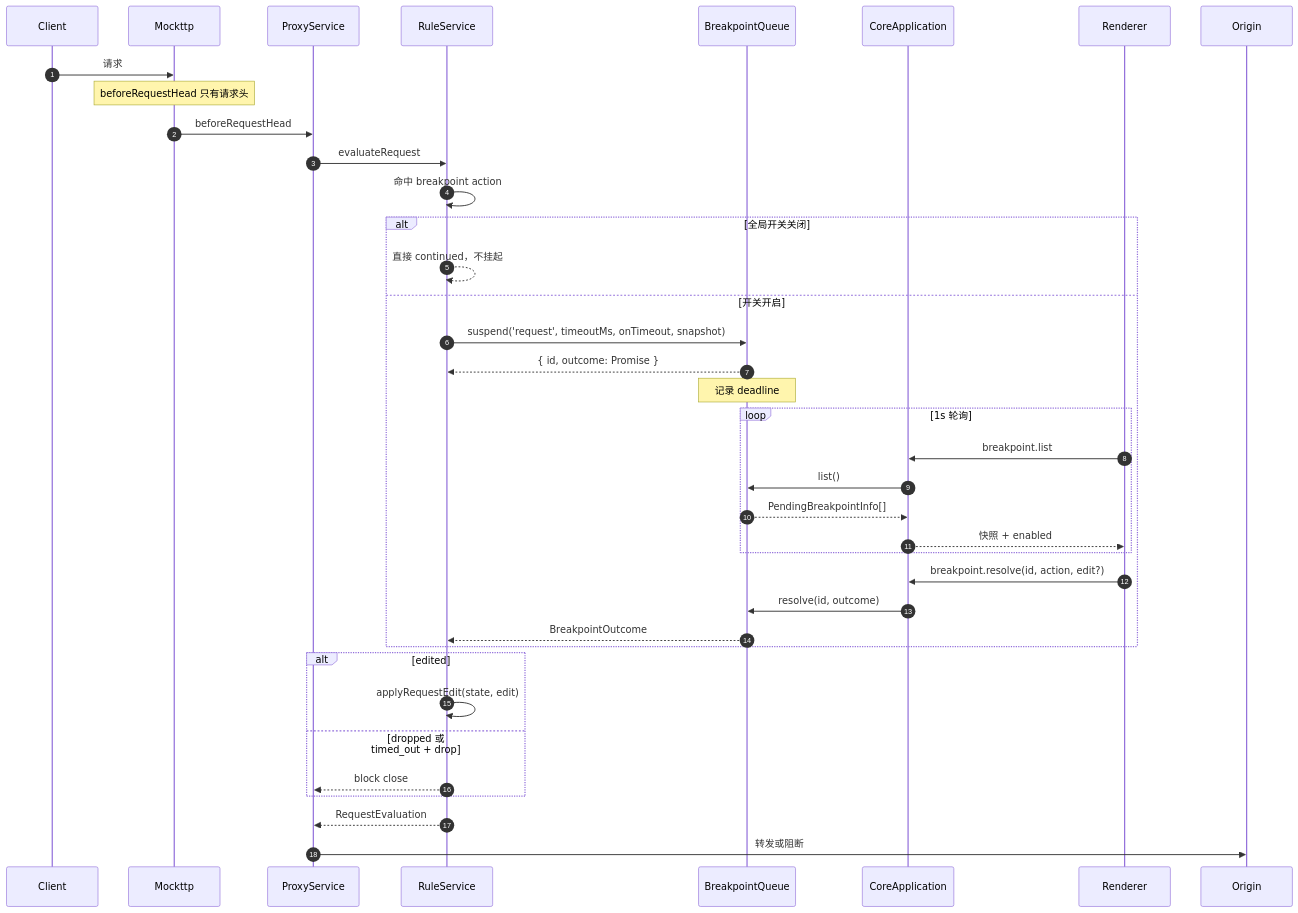
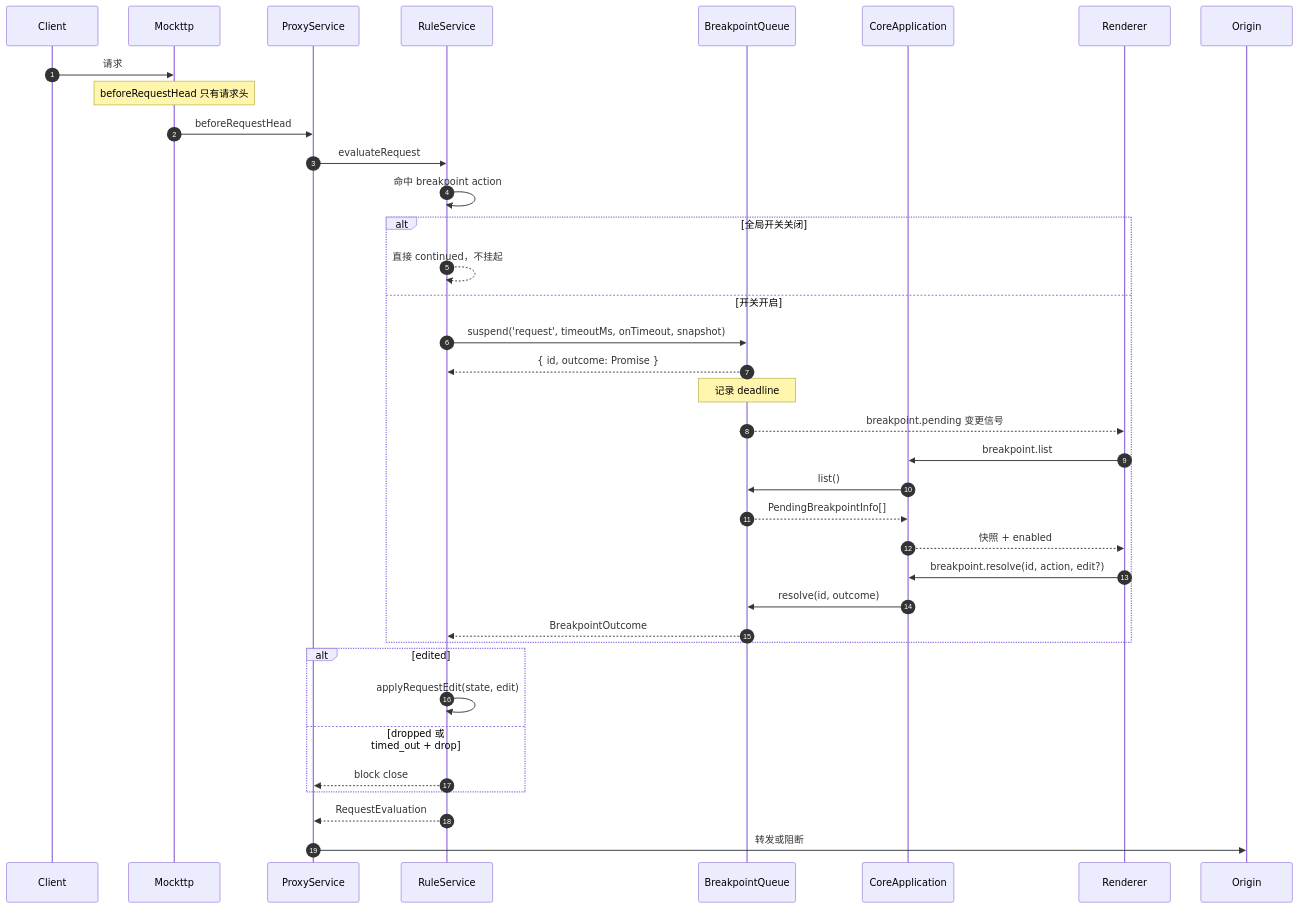
One commit to zhxmt-xm/Interceptor changed the second of 3 diagrams in architecture/features/breakpoints.md. Above: the diagram before and after it, drawn with Mermaid. The commit also changed other lines of this file and 264 other files, not shown here.

````diff
--- a/architecture/features/breakpoints.md
+++ b/architecture/features/breakpoints.md
@@ -56,46 +58,45 @@
 ```mermaid
 sequenceDiagram
     autonumber
     participant Client
     participant Mockttp
     participant Proxy as ProxyService
     participant Engine as RuleService
     participant Queue as BreakpointQueue
     participant App as CoreApplication
     participant UI as Renderer
     participant Origin
 
     Client->>Mockttp: 请求
     Note over Mockttp: beforeRequestHead 只有请求头
     Mockttp->>Proxy: beforeRequestHead
     Proxy->>Engine: evaluateRequest
 
     Engine->>Engine: 命中 breakpoint action
     alt 全局开关关闭
         Engine-->>Engine: 直接 continued，不挂起
     else 开关开启
         Engine->>Queue: suspend('request', timeoutMs, onTimeout, snapshot)
         Queue-->>Engine: { id, outcome: Promise }
         Note over Queue: 记录 deadline
 
-        loop 1s 轮询
-            UI->>App: breakpoint.list
-            App->>Queue: list()
-            Queue-->>App: PendingBreakpointInfo[]
-            App-->>UI: 快照 + enabled
-        end
+        Queue-->>UI: breakpoint.pending 变更信号
+        UI->>App: breakpoint.list
+        App->>Queue: list()
+        Queue-->>App: PendingBreakpointInfo[]
+        App-->>UI: 快照 + enabled
 
         UI->>App: breakpoint.resolve(id, action, edit?)
         App->>Queue: resolve(id, outcome)
         Queue-->>Engine: BreakpointOutcome
     end
 
     alt edited
         Engine->>Engine: applyRequestEdit(state, edit)
     else dropped 或 timed_out + drop
         Engine-->>Proxy: block close
     end
 
     Engine-->>Proxy: RequestEvaluation
     Proxy->>Origin: 转发或阻断
 ```
````
